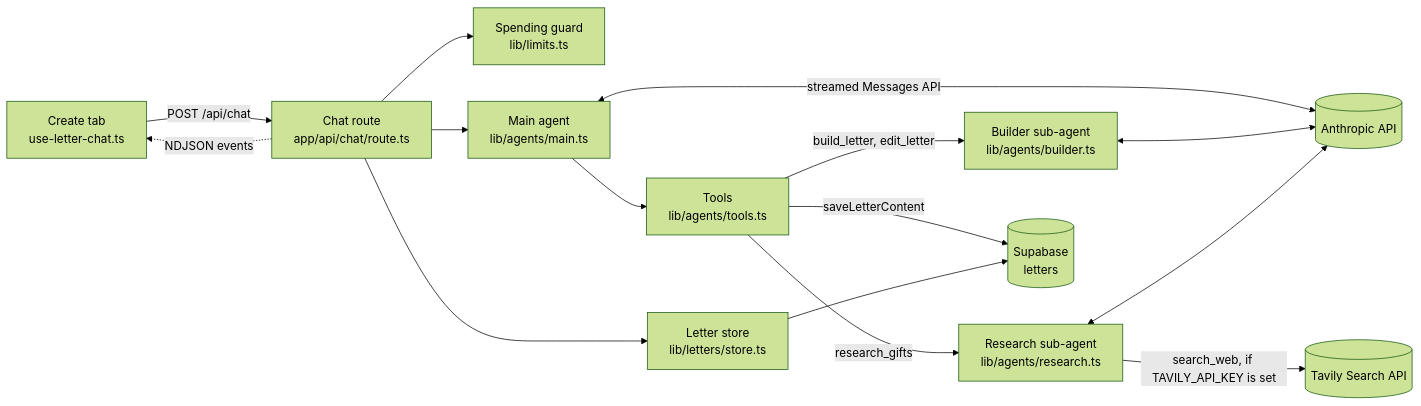
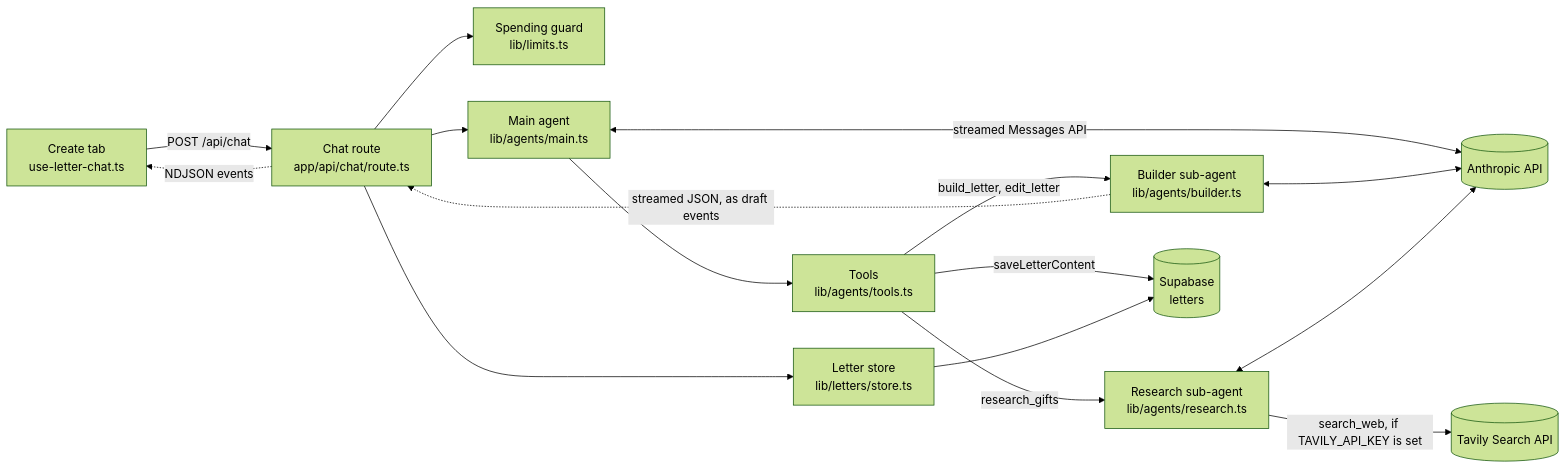
Before and after one commit to peresramirez/majnu: the first of 2 diagrams in docs/features/letters-chat.md, drawn with Mermaid (forest theme). The commit also changed other lines of this file and 3 other files, not shown here.

````diff
--- a/docs/features/letters-chat.md
+++ b/docs/features/letters-chat.md
@@ -9,17 +9,18 @@
 ```mermaid
 flowchart LR
   browser["Create tab<br/>use-letter-chat.ts"] -->|"POST /api/chat"| route["Chat route<br/>app/api/chat/route.ts"]
   route --> limits["Spending guard<br/>lib/limits.ts"]
   route --> store["Letter store<br/>lib/letters/store.ts"]
   route --> main["Main agent<br/>lib/agents/main.ts"]
   main <-->|"streamed Messages API"| anthropic[("Anthropic API")]
   main --> tools["Tools<br/>lib/agents/tools.ts"]
   tools -->|"build_letter, edit_letter"| builder["Builder sub-agent<br/>lib/agents/builder.ts"]
   tools -->|research_gifts| research["Research sub-agent<br/>lib/agents/research.ts"]
   builder <--> anthropic
   research <--> anthropic
   research -->|"search_web, if TAVILY_API_KEY is set"| tavily[("Tavily Search API")]
   tools -->|saveLetterContent| db[("Supabase<br/>letters")]
   store --> db
   route -.->|"NDJSON events"| browser
+  builder -.->|"streamed JSON, as draft events"| route
 ```
````
